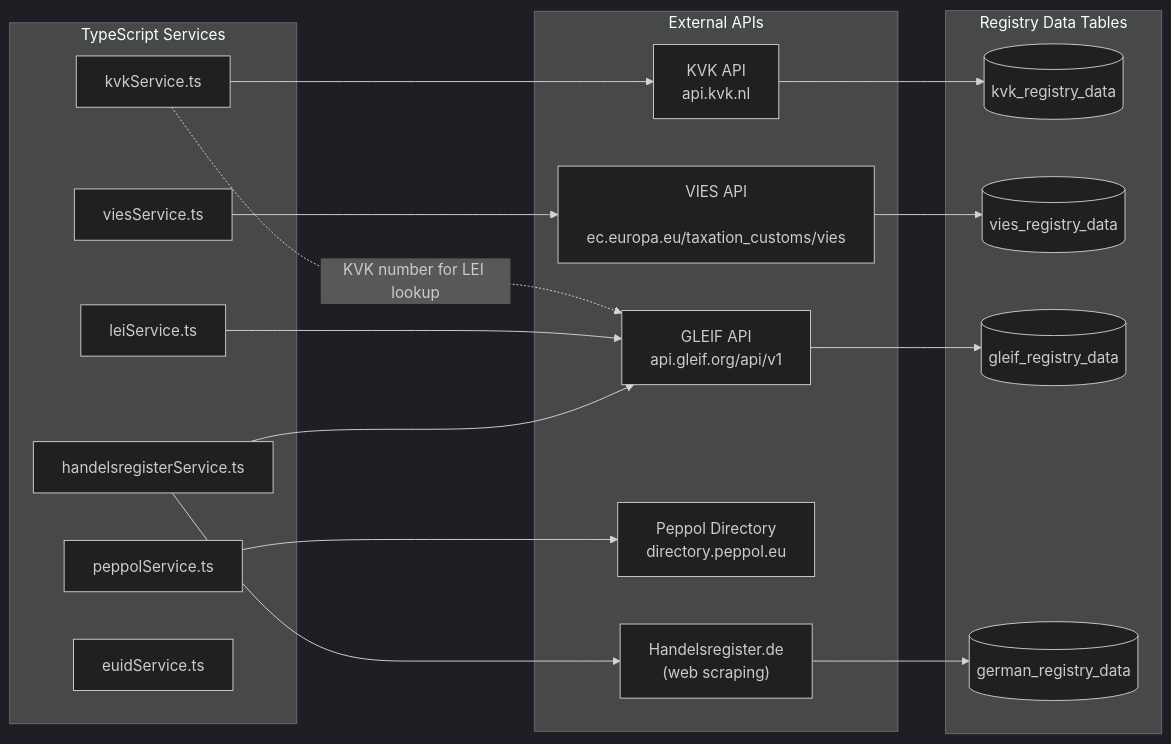
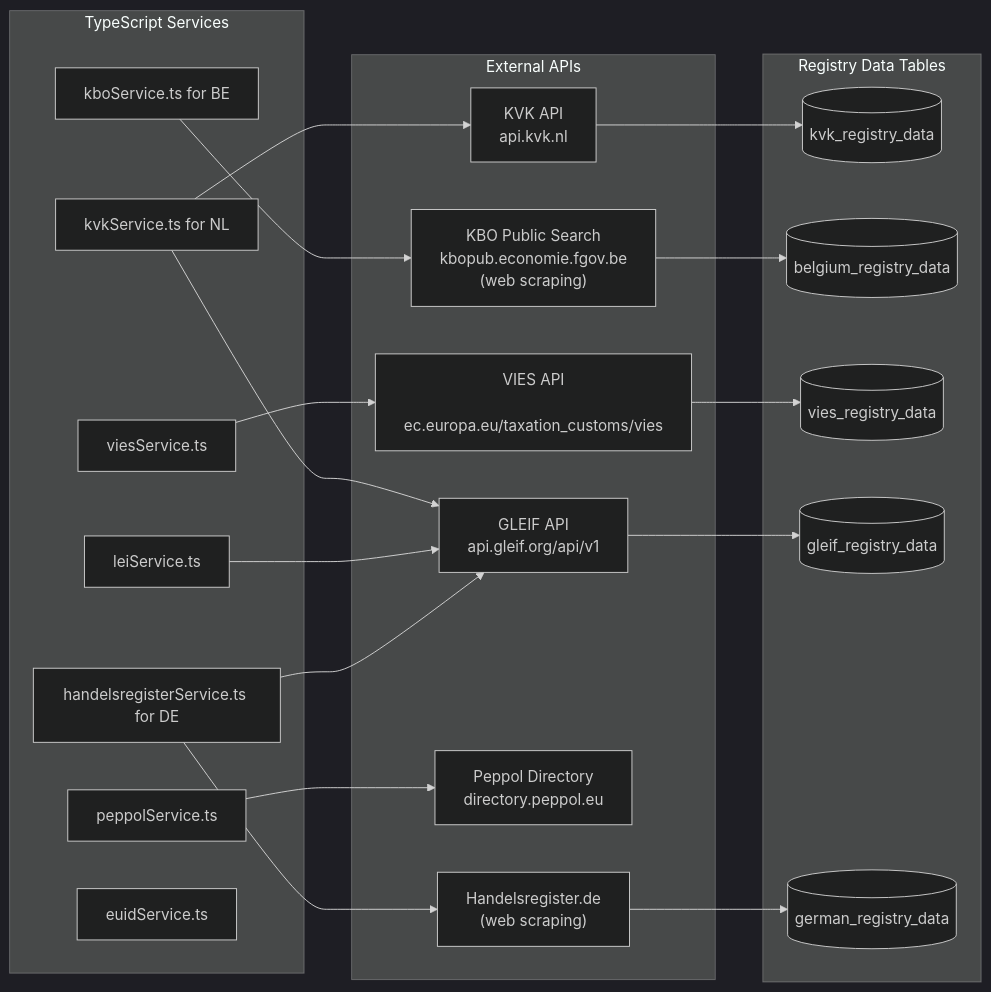
The fourth of 7 diagrams in docs/ENRICHMENT_ARCHITECTURE.md (DeNoronha/ctn-asr-demo), drawn with Mermaid (dark theme) before and after one commit. The commit also changed other lines of this file and 5 other files, not shown here.

````diff
--- a/docs/ENRICHMENT_ARCHITECTURE.md
+++ b/docs/ENRICHMENT_ARCHITECTURE.md
@@ -309,44 +293,51 @@
 ```mermaid
 flowchart LR
     subgraph Services["TypeScript Services"]
-        KVK_SVC[kvkService.ts]
+        KVK_SVC[kvkService.ts for NL]
+        KBO_SVC[kboService.ts for BE]
         VIES_SVC[viesService.ts]
         LEI_SVC[leiService.ts]
-        HR_SVC[handelsregisterService.ts]
+        HR_SVC[handelsregisterService.ts for DE]
         PEPPOL_SVC[peppolService.ts]
         EUID_SVC[euidService.ts]
     end
 
     subgraph APIs["External APIs"]
         KVK_API["KVK API
         api.kvk.nl"]
+        KBO_WEB["KBO Public Search
+        kbopub.economie.fgov.be
+        (web scraping)"]
         VIES_API["VIES API
         ec.europa.eu/taxation_customs/vies"]
         GLEIF_API["GLEIF API
         api.gleif.org/api/v1"]
         PEPPOL_API["Peppol Directory
         directory.peppol.eu"]
         HR_WEB["Handelsregister.de
         (web scraping)"]
     end
 
     subgraph Data["Registry Data Tables"]
         KVK_DATA[(kvk_registry_data)]
+        BE_DATA[(belgium_registry_data)]
         VIES_DATA[(vies_registry_data)]
         GLEIF_DATA[(gleif_registry_data)]
         DE_DATA[(german_registry_data)]
     end
 
     KVK_SVC --> KVK_API
-    KVK_SVC -.->|KVK number for LEI lookup| GLEIF_API
+    KVK_SVC --> GLEIF_API
+    KBO_SVC --> KBO_WEB
     VIES_SVC --> VIES_API
     LEI_SVC --> GLEIF_API
     HR_SVC --> HR_WEB
     HR_SVC --> GLEIF_API
     PEPPOL_SVC --> PEPPOL_API
 
     KVK_API --> KVK_DATA
+    KBO_WEB --> BE_DATA
     VIES_API --> VIES_DATA
     GLEIF_API --> GLEIF_DATA
     HR_WEB --> DE_DATA
 ```
````
